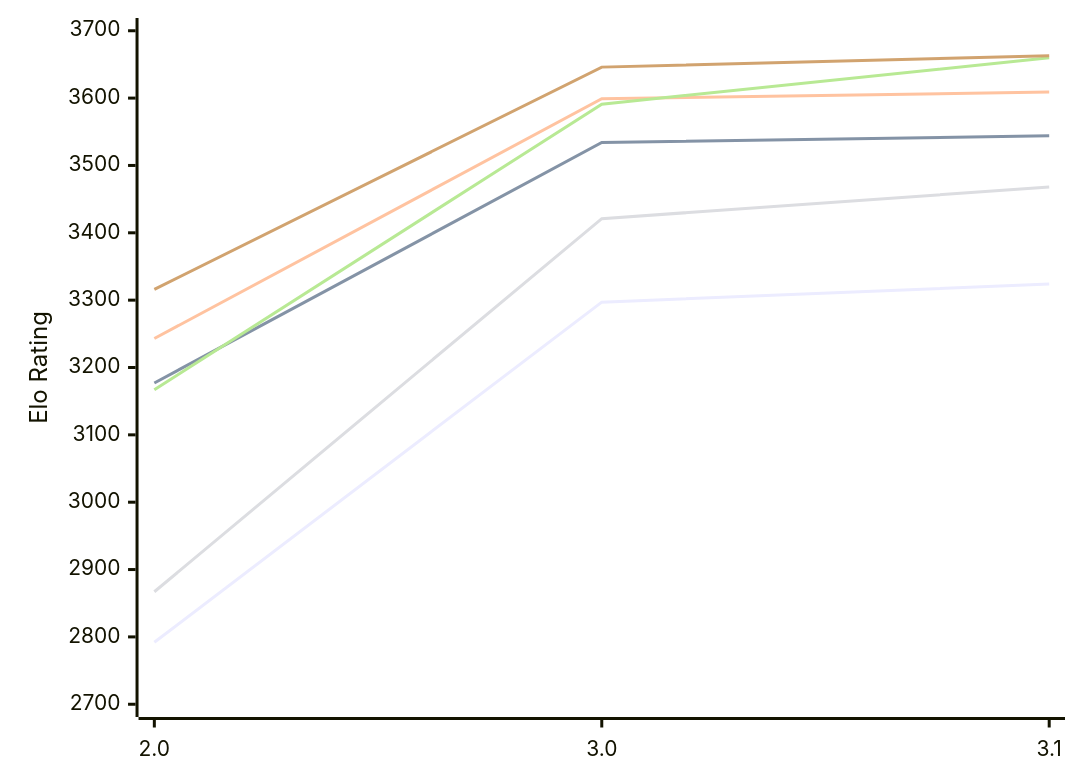
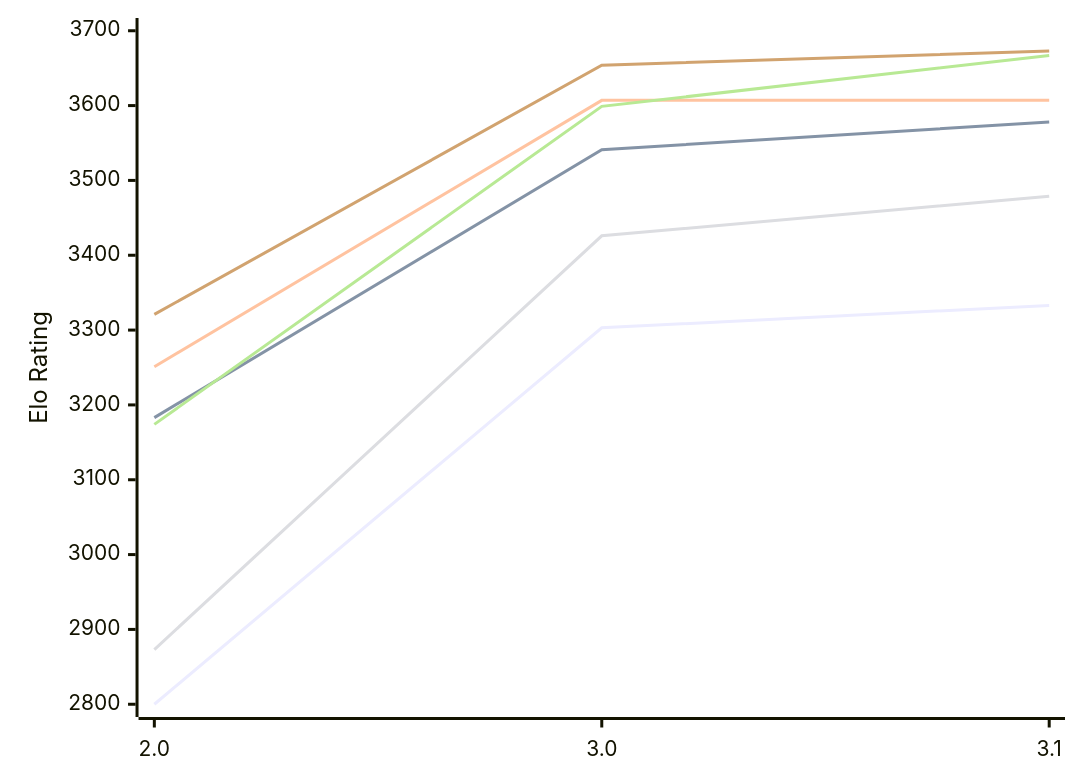
Before and after one commit to computer-chess-index/cci: the diagram in engines/Funcomp.md, drawn with Mermaid. The commit also changed other lines of this file, not shown here.

Commit message:
Update CCI Ratings (ELO VLTC) - 2026-11-03

````diff
--- a/engines/Funcomp.md
+++ b/engines/Funcomp.md
@@ -51,12 +51,12 @@
 ```mermaid
 %%{init: {"theme":"base","themeVariables":{"seriesColors:['#a3a3a3','#222221','#faa371']}}}%%
 xychart-beta
   x-axis ["2.0", "3.0", "3.1"]
-  y-axis "Elo Rating" 2700 --> 3700
-  line "E1: STC (8.0+0.08s)" [2792, 3297, 3324]
-  line "E1: LTC (60.0+0.60s)" [3177, 3534, 3544]
-  line "E1: VLTC (2m24s+1.12s)" [3243, 3599, 3609]
-  line "P1: STC (8.0+0.08s)" [2867, 3421, 3468]
-  line "P1: LTC (60.0+0.60s)" [3167, 3591, 3660]
-  line "P1: VLTC (2m24s+1.12s)" [3316, 3646, 3663]
+  y-axis "Elo Rating" 2800 --> 3700
+  line "E1: STC (8.0+0.08s)" [2800, 3303, 3333]
+  line "E1: LTC (60.0+0.60s)" [3183, 3541, 3578]
+  line "E1: VLTC (2m24s+1.12s)" [3251, 3607, 3607]
+  line "P1: STC (8.0+0.08s)" [2873, 3426, 3479]
+  line "P1: LTC (60.0+0.60s)" [3174, 3599, 3667]
+  line "P1: VLTC (2m24s+1.12s)" [3321, 3654, 3673]
 ```
````
